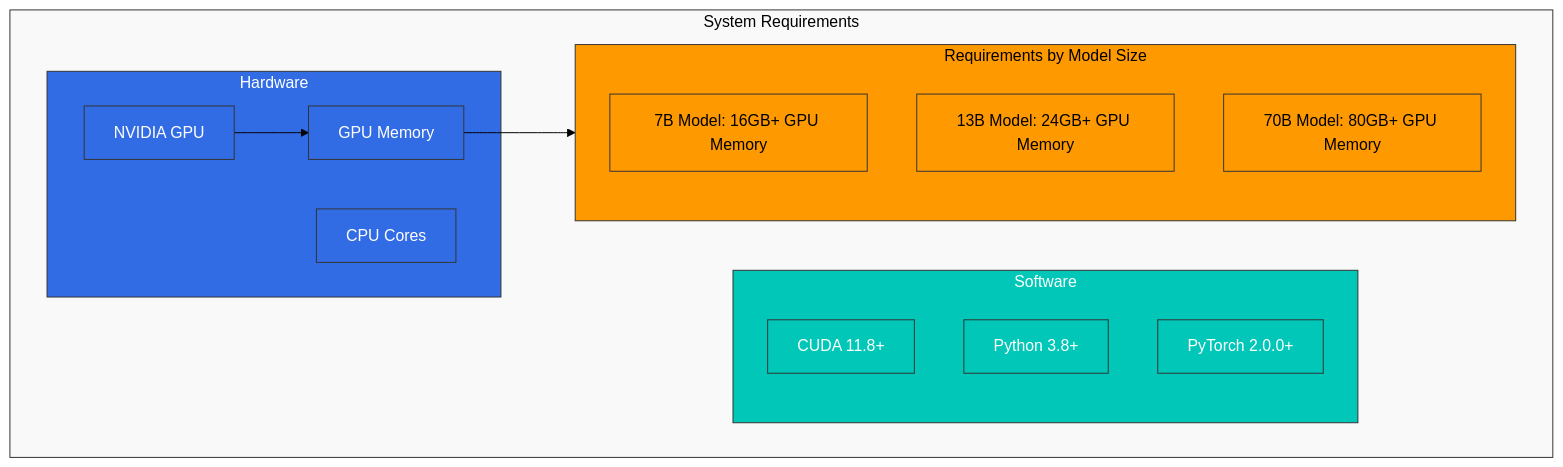
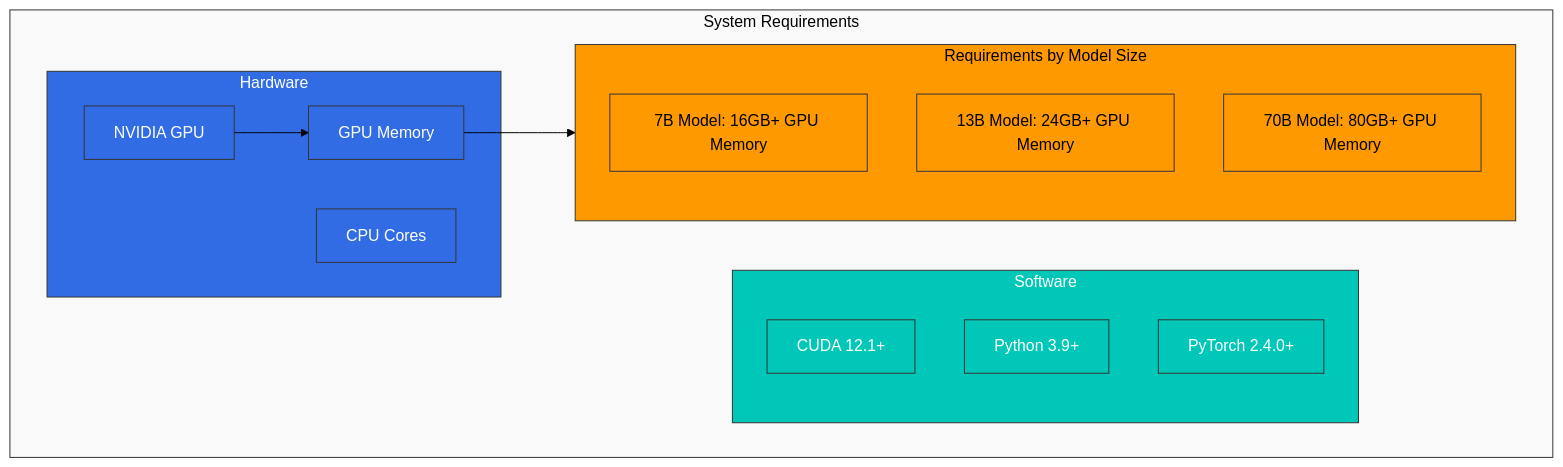
One commit to Atom-oh/kubernetes-docs changed the second of 8 diagrams in en/ai-ml/02-vllm-deployment.md. Above: the diagram before and after it, drawn with Mermaid (forest theme). The commit also changed other lines of this file and 7 other files, not shown here.

First line of the commit message:
docs: reorganize AI/ML lecture flow and enhance vLLM/open-source coverage

````diff
--- a/en/ai-ml/02-vllm-deployment.md
+++ b/en/ai-ml/02-vllm-deployment.md
@@ -128,35 +255,35 @@
 ```mermaid
 flowchart TD
     subgraph Requirements [System Requirements]
         subgraph Hardware [Hardware]
             GPU[NVIDIA GPU]
             Memory[GPU Memory]
             CPU[CPU Cores]
         end
 
         subgraph Software [Software]
-            CUDA[CUDA 11.8+]
-            Python[Python 3.8+]
-            PyTorch[PyTorch 2.0.0+]
+            CUDA[CUDA 12.1+]
+            Python[Python 3.9+]
+            PyTorch[PyTorch 2.4.0+]
         end
 
         subgraph ModelSize [Requirements by Model Size]
             Model7B[7B Model: 16GB+ GPU Memory]
             Model13B[13B Model: 24GB+ GPU Memory]
             Model70B[70B Model: 80GB+ GPU Memory]
         end
     end
 
     GPU --> Memory
     Memory --> ModelSize
 
     classDef hardwareNode fill:#326CE5,stroke:#333,stroke-width:1px,color:white;
     classDef softwareNode fill:#00C7B7,stroke:#333,stroke-width:1px,color:white;
     classDef modelNode fill:#FF9900,stroke:#333,stroke-width:1px,color:black;
     classDef default fill:#f9f9f9,stroke:#333,stroke-width:1px,color:black;
 
     class GPU,Memory,CPU,Hardware hardwareNode;
     class CUDA,Python,PyTorch,Software softwareNode;
     class Model7B,Model13B,Model70B,ModelSize modelNode;
     class Requirements default;
 ```
````
